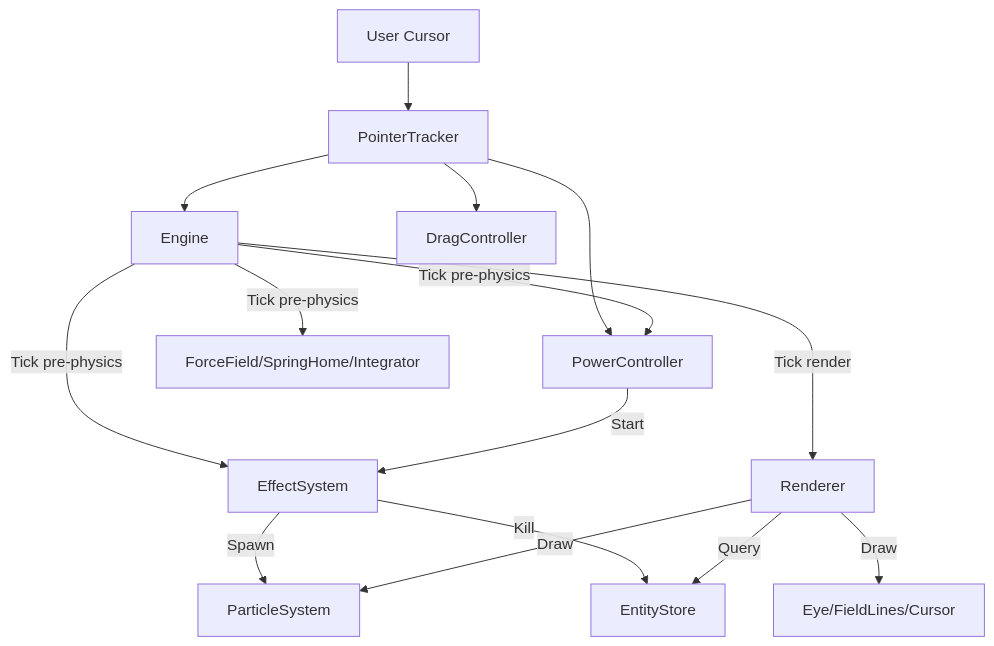
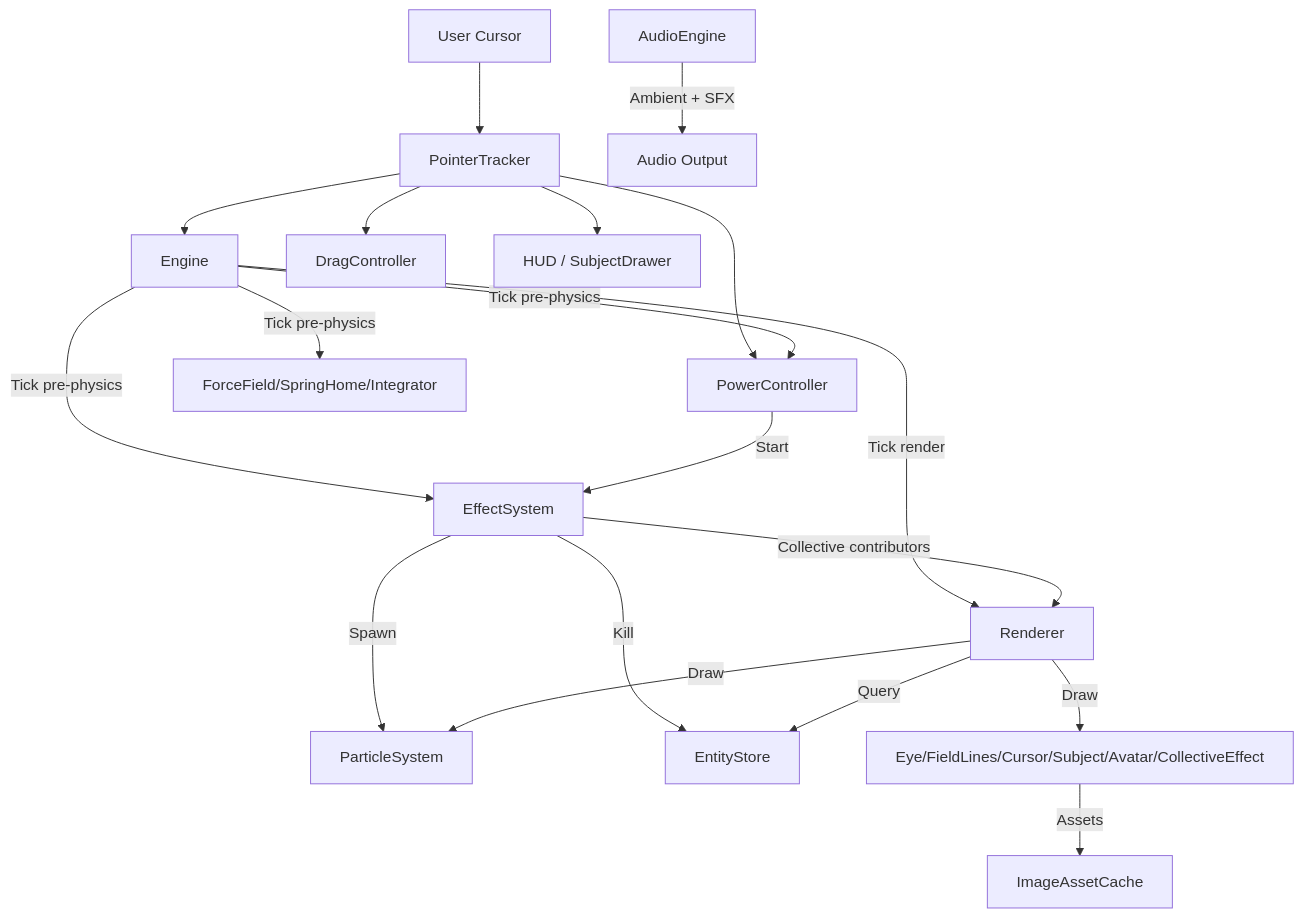
The diagram in docs/superpowers/system-architecture.md (abhisxn/fun-satire), drawn with Mermaid before and after one commit. The commit also changed other lines of this file, not shown here.

Commit message:
docs: author ADR 009, update system architecture for PR1 modules

````diff
--- a/docs/superpowers/system-architecture.md
+++ b/docs/superpowers/system-architecture.md
@@ -73,20 +79,25 @@
 ```mermaid
 graph TD
   User[User Cursor] --> Pointer[PointerTracker]
   Pointer --> Engine[Engine]
   Pointer --> Drag[DragController]
   Pointer --> Power[PowerController]
-  
+  Pointer --> HUD[HUD / SubjectDrawer]
+
   Engine -->|Tick pre-physics| Power
   Engine -->|Tick pre-physics| Effects[EffectSystem]
   Engine -->|Tick pre-physics| Physics[ForceField/SpringHome/Integrator]
   Engine -->|Tick render| Renderer
-  
+
   Power -->|Start| Effects
   Effects -->|Spawn| Particles[ParticleSystem]
   Effects -->|Kill| Store[EntityStore]
-  
+  Effects -->|Collective contributors| Renderer
+
   Renderer -->|Query| Store
-  Renderer -->|Draw| Drawers[Eye/FieldLines/Cursor]
+  Renderer -->|Draw| Drawers[Eye/FieldLines/Cursor/Subject/Avatar/CollectiveEffect]
   Renderer -->|Draw| Particles
+  Drawers -->|Assets| ImageAssetCache[ImageAssetCache]
+
+  Audio[AudioEngine] -->|Ambient + SFX| Output[Audio Output]
 ```
````
